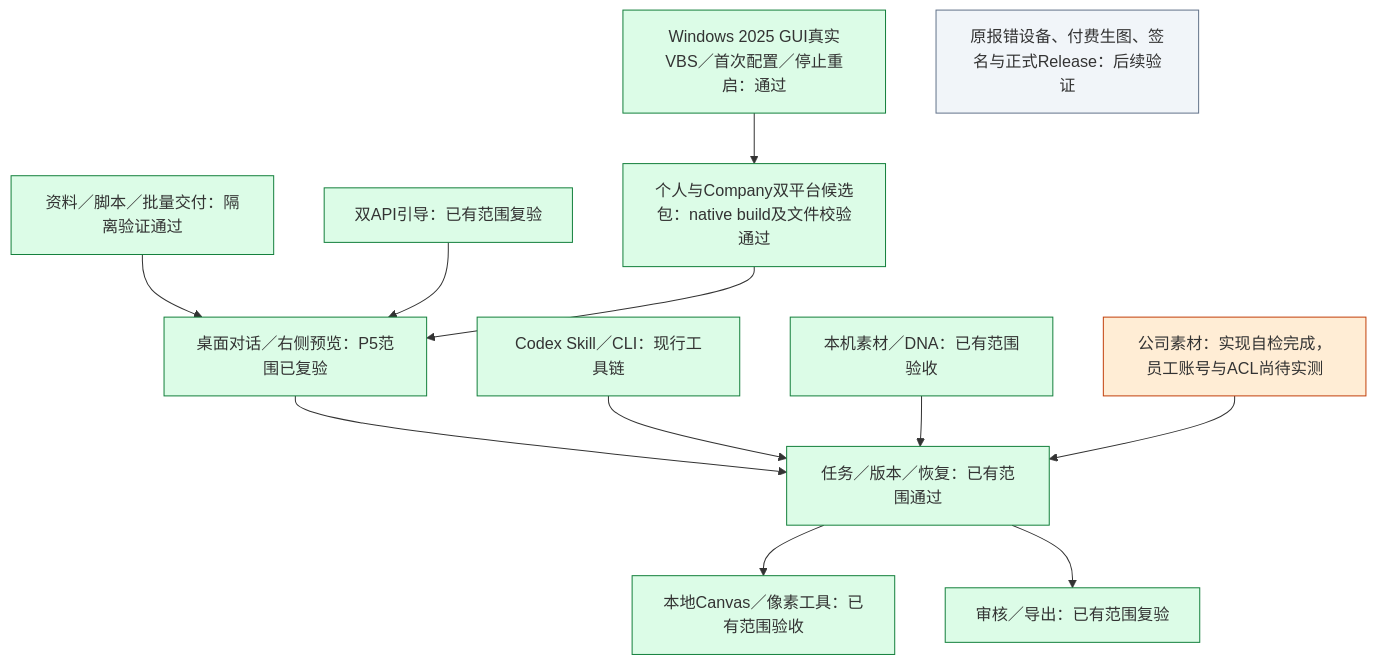
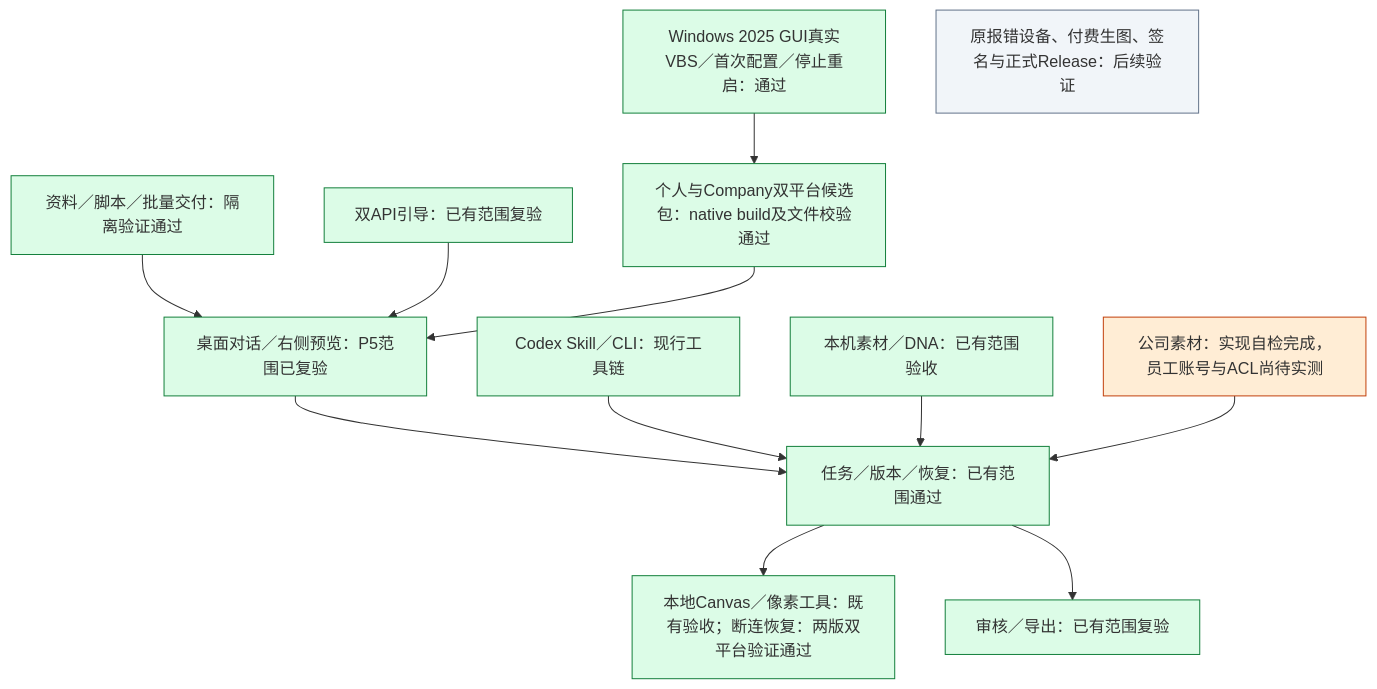
The third of 3 diagrams in docs/工程进度.md (akechi0819-lgtm/creative-Agent-studio), drawn with Mermaid before and after one commit. The commit also changed other lines of this file and 1 other file, not shown here.

Commit message:
Record verified Canvas recovery on Mac and Windows

````diff
--- a/docs/工程进度.md
+++ b/docs/工程进度.md
@@ -65,20 +71,20 @@
 ```mermaid
 flowchart TB
     WEB["桌面对话／右侧预览：P5范围已复验"] --> CORE["任务／版本／恢复：已有范围通过"]
     CLI["Codex Skill／CLI：现行工具链"] --> CORE
     LIB["本机素材／DNA：已有范围验收"] --> CORE
     TOOLS["资料／脚本／批量交付：隔离验证通过"] --> WEB
     GUIDE["双API引导：已有范围复验"] --> WEB
-    CORE --> CANVAS["本地Canvas／像素工具：已有范围验收"]
+    CORE --> CANVAS["本地Canvas／像素工具：既有验收；断连恢复：两版双平台验证通过"]
     CORE --> EXPORT["审核／导出：已有范围复验"]
     DIST["个人与Company双平台候选包：native build及文件校验通过"] --> WEB
     WIN["Windows 2025 GUI真实VBS／首次配置／停止重启：通过"] --> DIST
     COMPANY["公司素材：实现自检完成，员工账号与ACL尚待实测"] --> CORE
     LATER["原报错设备、付费生图、签名与正式Release：后续验证"]
     classDef done fill:#dcfce7,stroke:#15803d;
     classDef current fill:#ffedd5,stroke:#c2410c;
     classDef later fill:#f1f5f9,stroke:#64748b;
     class WEB,CLI,LIB,TOOLS,GUIDE,CORE,CANVAS,EXPORT,DIST,WIN done;
     class COMPANY current;
     class LATER later;
 ```
````
